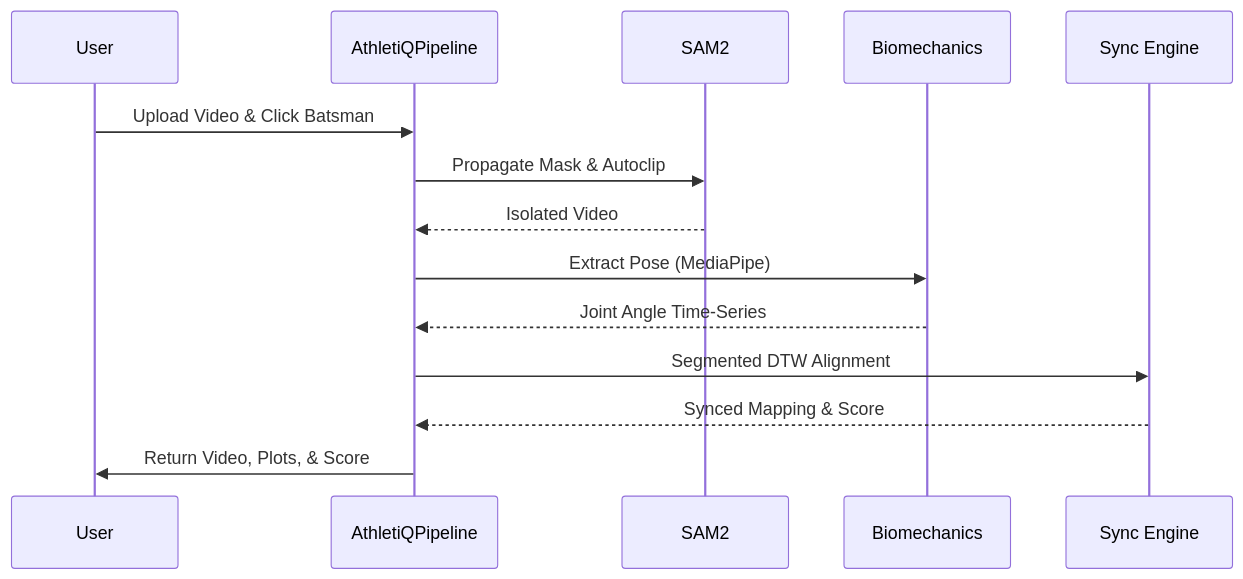
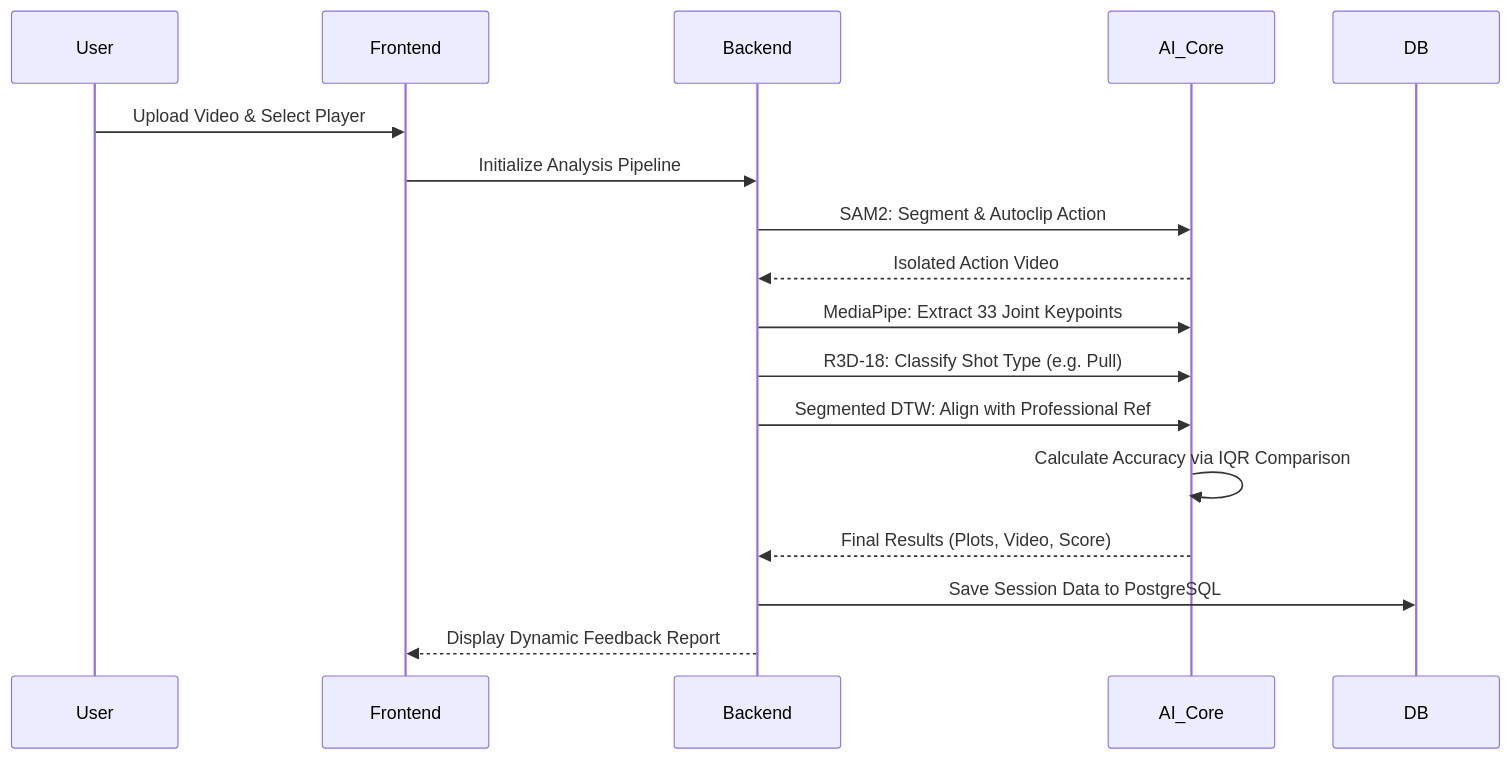
One commit to milansinghal2004/AthletiQ changed the second of 2 diagrams in README.md. Above: the diagram before and after it, drawn with Mermaid. The commit also changed other lines of this file and 60 other files, not shown here.

````diff
--- a/README.md
+++ b/README.md
@@ -52,17 +82,20 @@
 ```mermaid
 sequenceDiagram
-    participant U as User
-    participant P as AthletiQPipeline
-    participant S as SAM2
-    participant B as Biomechanics
-    participant SE as Sync Engine
+    participant User
+    participant Frontend
+    participant Backend
+    participant AI_Core
+    participant DB
 
-    U->>P: Upload Video & Click Batsman
-    P->>S: Propagate Mask & Autoclip
-    S-->>P: Isolated Video
-    P->>B: Extract Pose (MediaPipe)
-    B-->>P: Joint Angle Time-Series
-    P->>SE: Segmented DTW Alignment
-    SE-->>P: Synced Mapping & Score
-    P->>U: Return Video, Plots, & Score
+    User->>Frontend: Upload Video & Select Player
+    Frontend->>Backend: Initialize Analysis Pipeline
+    Backend->>AI_Core: SAM2: Segment & Autoclip Action
+    AI_Core-->>Backend: Isolated Action Video
+    Backend->>AI_Core: MediaPipe: Extract 33 Joint Keypoints
+    Backend->>AI_Core: R3D-18: Classify Shot Type (e.g. Pull)
+    Backend->>AI_Core: Segmented DTW: Align with Professional Ref
+    AI_Core->>AI_Core: Calculate Accuracy via IQR Comparison
+    AI_Core-->>Backend: Final Results (Plots, Video, Score)
+    Backend->>DB: Save Session Data to PostgreSQL
+    Backend-->>Frontend: Display Dynamic Feedback Report
 ```
````
